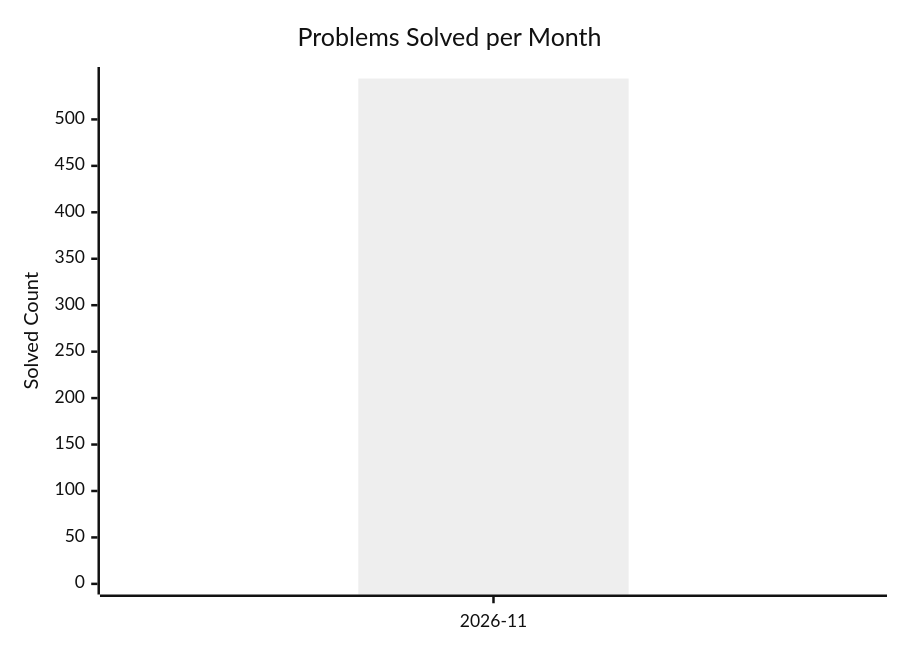
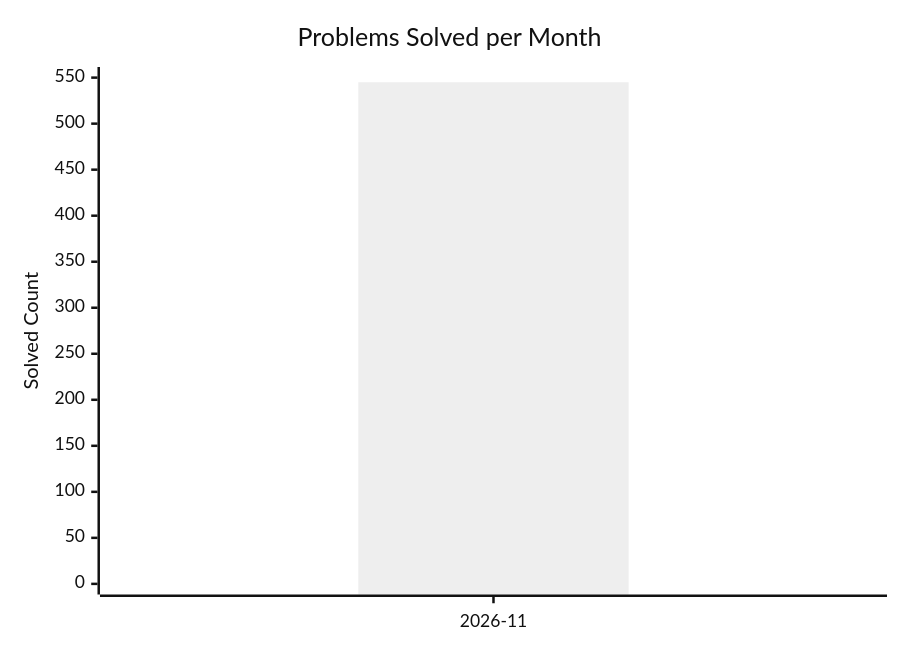
The diagram in dashboard.md (AdityaPandey-DEV/CP-Progress-Sync), drawn with Mermaid (neutral theme) before and after one commit. The commit also changed other lines of this file, not shown here.

Commit message:
Auto-update CP dashboard [skip ci]

````diff
--- a/dashboard.md
+++ b/dashboard.md
@@ -8,8 +8,8 @@
 ```mermaid
 xychart-beta
     title "Problems Solved per Month"
     x-axis ["2026-11"]
-    y-axis "Solved Count" 0 --> 545
-    bar [544]
-    line [544]
+    y-axis "Solved Count" 0 --> 550
+    bar [545]
+    line [545]
 ```
````
